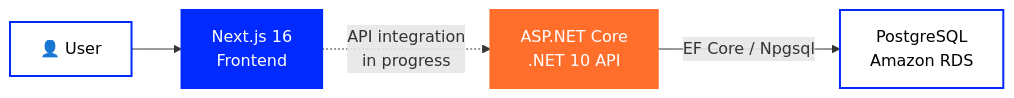
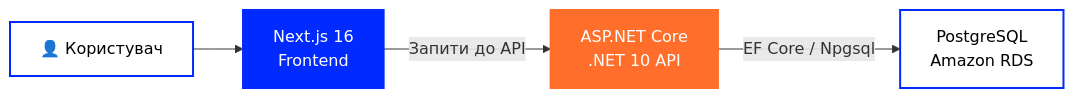
Before and after one commit to tr3ba/.github: the first of 2 diagrams in profile/README.md, drawn with Mermaid. The commit also changed other lines of this file, not shown here.

````diff
--- a/profile/README.md
+++ b/profile/README.md
@@ -303,19 +323,19 @@
 ```mermaid
 flowchart LR
 
-    USER["👤 User"]
+    USER["👤 Користувач"]
     FRONT["Next.js 16<br/>Frontend"]
     API["ASP.NET Core<br/>.NET 10 API"]
     DB["PostgreSQL<br/>Amazon RDS"]
 
     USER --> FRONT
 
-    FRONT -.->|"API integration<br/>in progress"| API
+    FRONT -->|"Запити до API"| API
 
     API -->|"EF Core / Npgsql"| DB
 
     style USER fill:#ffffff,color:#000000,stroke:#002AFF,stroke-width:2px
     style FRONT fill:#002AFF,color:#ffffff,stroke:#002AFF,stroke-width:2px
     style API fill:#FF6E2A,color:#ffffff,stroke:#FF6E2A,stroke-width:2px
     style DB fill:#ffffff,color:#000000,stroke:#002AFF,stroke-width:2px
 ```
````
